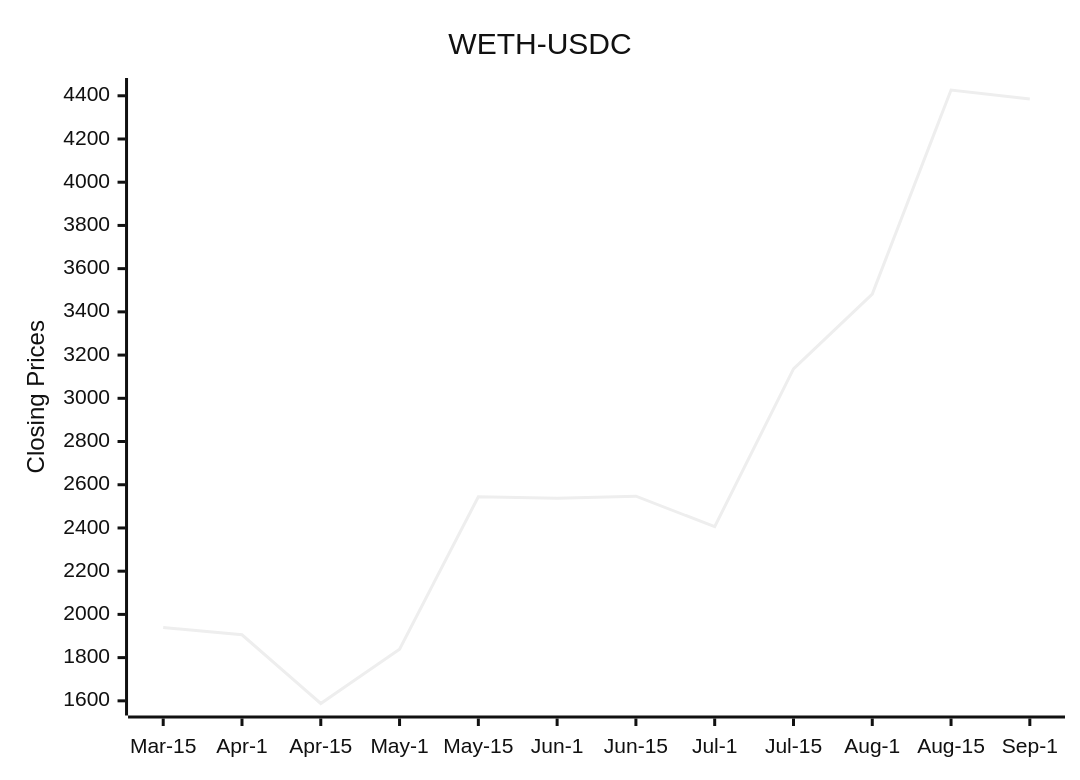
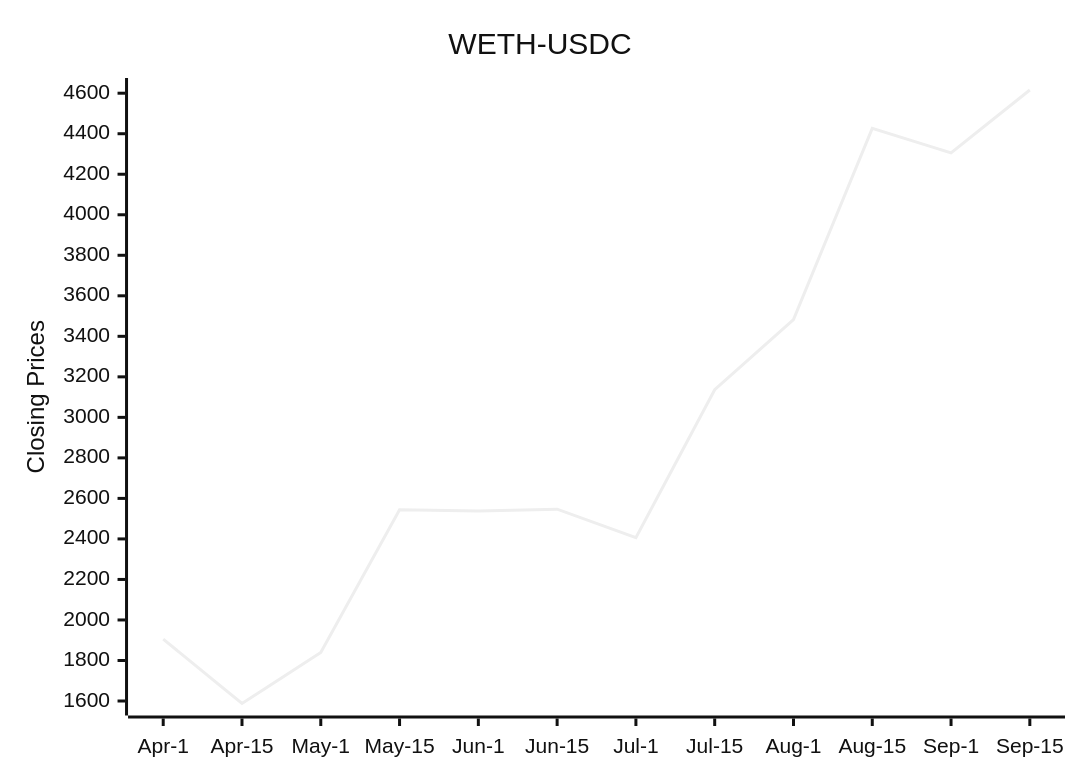
One commit to bicced/ReadmeCryptoPriceChart changed the diagram in README.md. Above: the diagram before and after it, drawn with Mermaid (neutral theme).

Commit message:
Update README with latest DEX data

````diff
--- a/README.md
+++ b/README.md
@@ -6,7 +6,7 @@
 ```mermaid
 xychart-beta
   title "WETH-USDC"
-  x-axis [Mar-15,Apr-1,Apr-15,May-1,May-15,Jun-1,Jun-15,Jul-1,Jul-15,Aug-1,Aug-15,Sep-1]
-  y-axis "Closing Prices" 1587.66 --> 4426.73412630884
-  line [1939.29,1905.62,1587.66,1839.06,2544.38,2538.04,2547.02,2405.73,3136.3,3482.42836863059,4426.73412630884,4385.61674641448]
+  x-axis [Apr-1,Apr-15,May-1,May-15,Jun-1,Jun-15,Jul-1,Jul-15,Aug-1,Aug-15,Sep-1,Sep-15]
+  y-axis "Closing Prices" 1587.66 --> 4615.81427087597
+  line [1905.62,1587.66,1839.06,2544.38,2538.04,2547.02,2405.73,3136.3,3482.42836863059,4426.73412630884,4305.29196667193,4615.81427087597]
 ```
````
